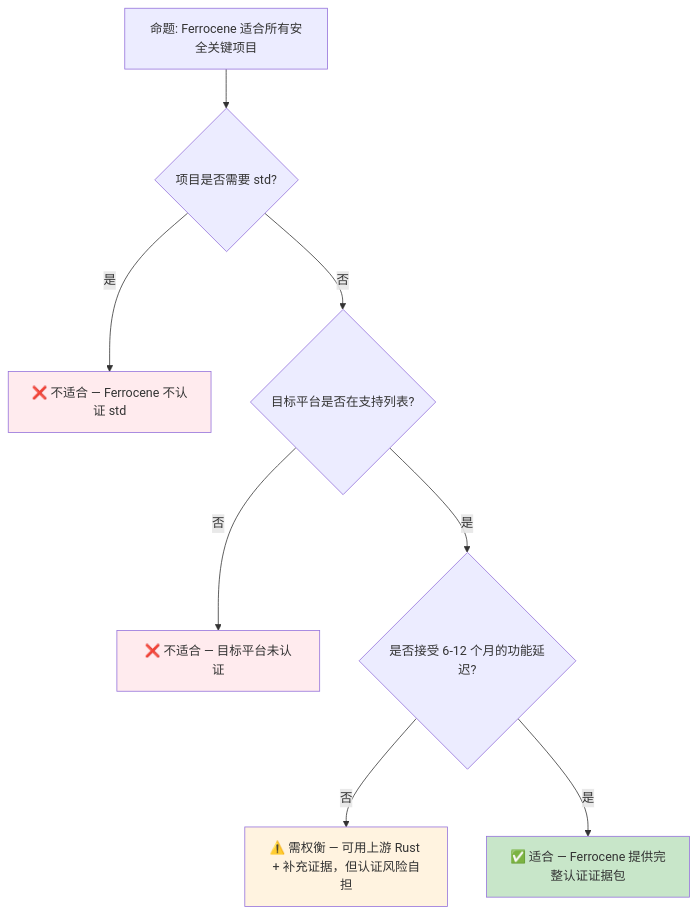
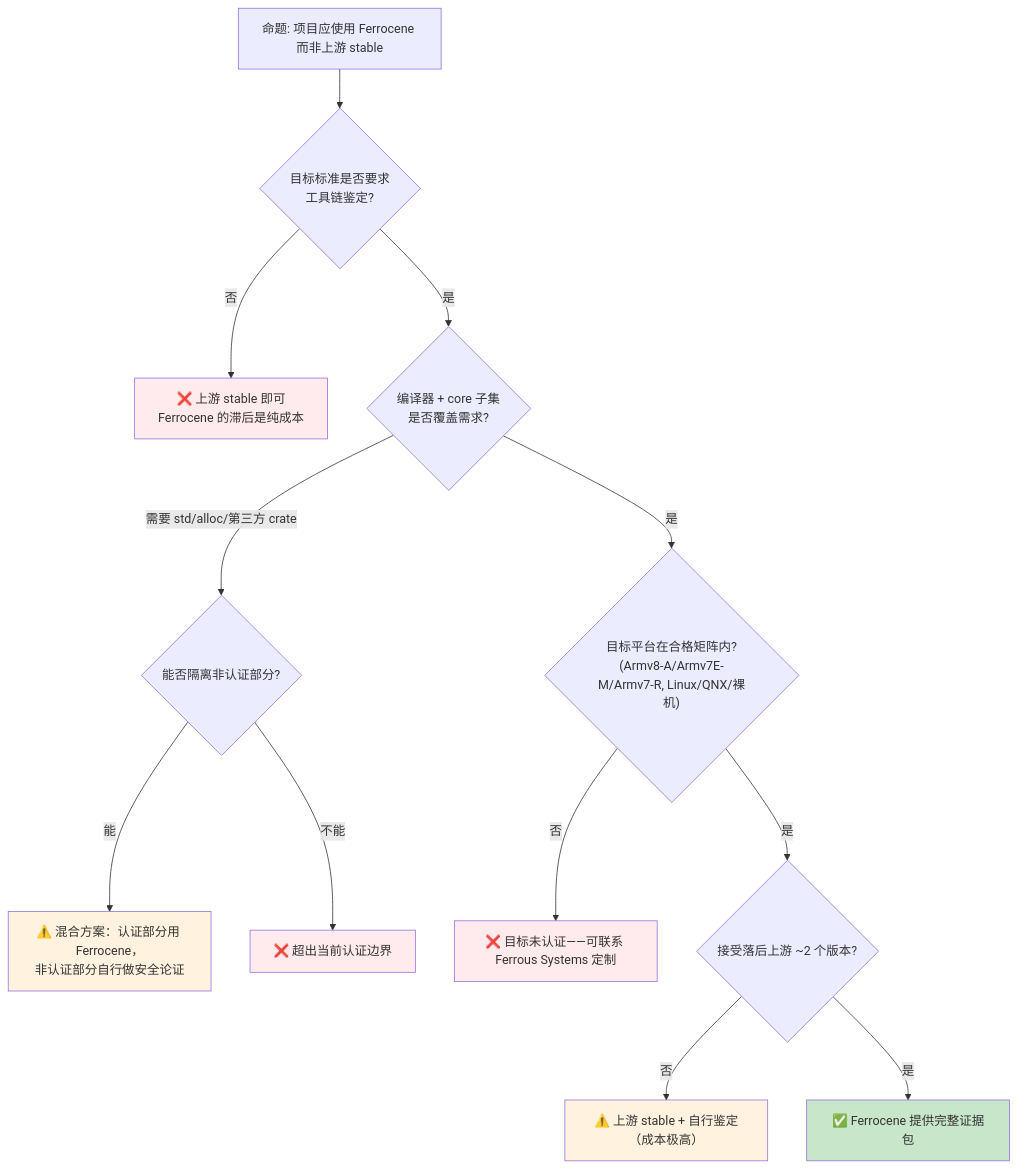
One commit to martin-ly/rust-lang changed the second of 2 diagrams in concept/07_future/03_preview_features/12_ferrocene_preview.md. Above: the diagram before and after it, drawn with Mermaid. The commit also changed other lines of this file and 203 other files, not shown here.

````diff
--- a/concept/07_future/03_preview_features/12_ferrocene_preview.md
+++ b/concept/07_future/03_preview_features/12_ferrocene_preview.md
@@ -329,18 +227,24 @@
 ```mermaid
 graph TD
-    ROOT["命题: Ferrocene 适合所有安全关键项目"]
-    ROOT --> Q1{"项目是否需要 std?"}
-    Q1 -->|是| FALSE1["❌ 不适合 — Ferrocene 不认证 std"]
-    Q1 -->|否| Q2{"目标平台是否在支持列表?"}
+    ROOT["命题: 项目应使用 Ferrocene 而非上游 stable"]
+    ROOT --> Q1{"目标标准是否要求<br/>工具链鉴定?"}
+    Q1 -->|否| NO1["❌ 上游 stable 即可<br/>Ferrocene 的滞后是纯成本"]
+    Q1 -->|是| Q2{"编译器 + core 子集<br/>是否覆盖需求?"}
 
-    Q2 -->|否| FALSE2["❌ 不适合 — 目标平台未认证"]
-    Q2 -->|是| Q3{"是否接受 6-12 个月的功能延迟?"}
+    Q2 -->|需要 std/alloc/第三方 crate| Q3{"能否隔离非认证部分?"}
+    Q3 -->|能| PART["⚠️ 混合方案：认证部分用 Ferrocene，<br/>非认证部分自行做安全论证"]
+    Q3 -->|不能| NO2["❌ 超出当前认证边界"]
 
-    Q3 -->|否| ALT["⚠️ 需权衡 — 可用上游 Rust + 补充证据，但认证风险自担"]
-    Q3 -->|是| TRUE["✅ 适合 — Ferrocene 提供完整认证证据包"]
+    Q2 -->|是| Q4{"目标平台在合格矩阵内?<br/>(Armv8-A/Armv7E-M/Armv7-R, Linux/QNX/裸机)"}
+    Q4 -->|否| NO3["❌ 目标未认证——可联系 Ferrous Systems 定制"]
+    Q4 -->|是| Q5{"接受落后上游 ~2 个版本?"}
+    Q5 -->|否| ALT["⚠️ 上游 stable + 自行鉴定（成本极高）"]
+    Q5 -->|是| YES["✅ Ferrocene 提供完整证据包"]
 
-    style TRUE fill:#c8e6c9
-    style FALSE1 fill:#ffebee
-    style FALSE2 fill:#ffebee
+    style YES fill:#c8e6c9
+    style NO1 fill:#ffebee
+    style NO2 fill:#ffebee
+    style NO3 fill:#ffebee
+    style PART fill:#fff3e0
     style ALT fill:#fff3e0
 ```
````
